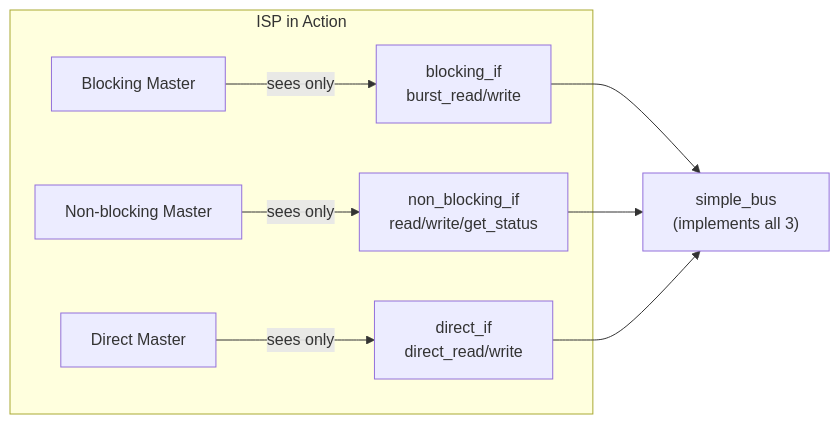
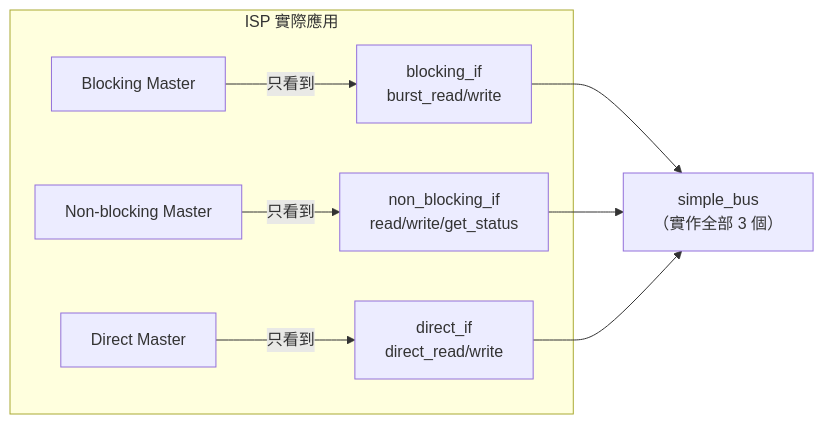
One commit to abc1199281lab-cmd/systemc_notes changed the second of 2 diagrams in doc_v2/examples/code/sysc/simple_bus/interfaces.md. Above: the diagram before and after it, drawn with Mermaid. The commit also changed other lines of this file and 8 other files, not shown here.

Commit message:
docs: translate simple_bus example docs to Traditional Chinese

````diff
--- a/doc_v2/examples/code/sysc/simple_bus/interfaces.md
+++ b/doc_v2/examples/code/sysc/simple_bus/interfaces.md
@@ -219,12 +219,12 @@
 ```mermaid
 graph LR
-    subgraph "ISP in Action"
-        MB["Blocking Master"] -->|"sees only"| BI["blocking_if<br/>burst_read/write"]
-        MNB["Non-blocking Master"] -->|"sees only"| NBI["non_blocking_if<br/>read/write/get_status"]
-        MD["Direct Master"] -->|"sees only"| DI["direct_if<br/>direct_read/write"]
+    subgraph "ISP 實際應用"
+        MB["Blocking Master"] -->|"只看到"| BI["blocking_if<br/>burst_read/write"]
+        MNB["Non-blocking Master"] -->|"只看到"| NBI["non_blocking_if<br/>read/write/get_status"]
+        MD["Direct Master"] -->|"只看到"| DI["direct_if<br/>direct_read/write"]
     end
 
-    BI --> BUS["simple_bus<br/>(implements all 3)"]
+    BI --> BUS["simple_bus<br/>（實作全部 3 個）"]
     NBI --> BUS
     DI --> BUS
 ```
````
